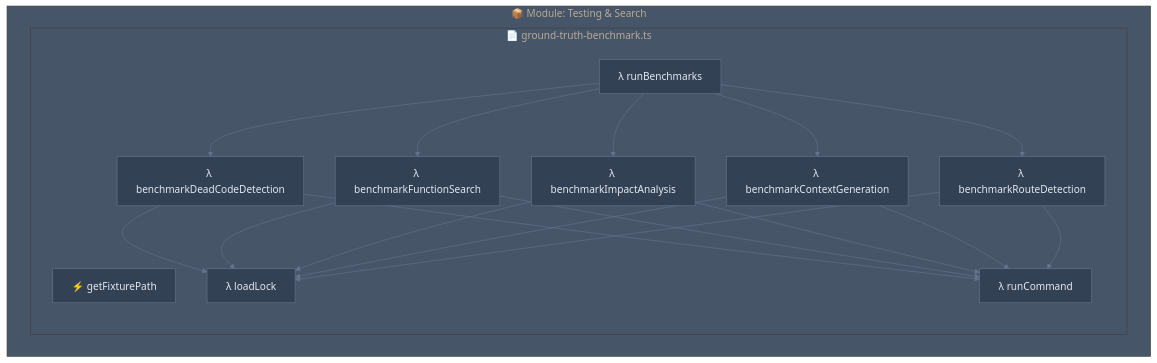
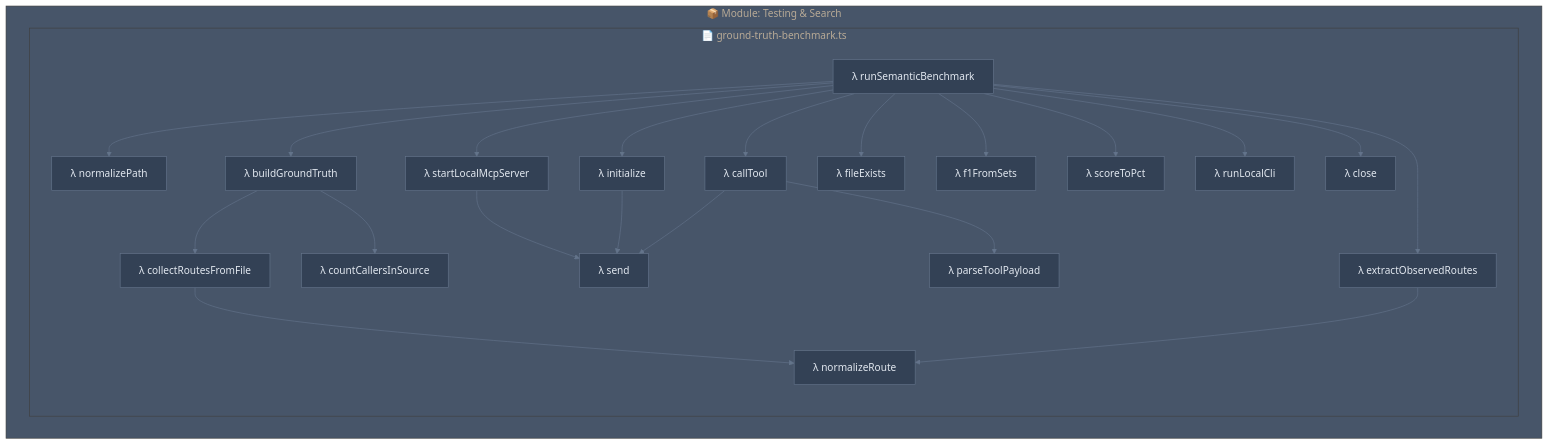
One commit to Ansh-dhanani/mikk changed the diagram in .mikk/diagrams/modules/web-mesh-benchmarks.mmd. Above: the diagram before and after it, drawn with Mermaid. The commit also changed 62 other files, not shown here.

Commit message:
feat: implement core contract generation, caching, and security scanning infrastructure with supporting test fixtures and diagrams

```diff
--- a/.mikk/diagrams/modules/web-mesh-benchmarks.mmd
+++ b/.mikk/diagrams/modules/web-mesh-benchmarks.mmd
@@ -1,34 +1,46 @@
 %%{init: {"theme": "base", "themeVariables": {"primaryColor": "#1e293b", "primaryTextColor": "#e2e8f0", "lineColor": "#64748b", "secondaryColor": "#334155", "tertiaryColor": "#475569", "background": "#0f172a", "mainBkg": "#1e293b", "nodeBorder": "#475569"}}}%%
 graph TD
     subgraph mod_web_mesh_benchmarks["📦 Module: Testing & Search"]
         subgraph file_c__users_ansh_desktop_web_mesh_benchmarks_ground_truth_benchmark_ts["📄 ground-truth-benchmark.ts"]
-            fn_c__users_ansh_desktop_web_mesh_benchmarks_ground_truth_benchmark_ts_getfixturepath["⚡ getFixturePath"]
-            fn_c__users_ansh_desktop_web_mesh_benchmarks_ground_truth_benchmark_ts_runcommand["λ runCommand"]
-            fn_c__users_ansh_desktop_web_mesh_benchmarks_ground_truth_benchmark_ts_loadlock["λ loadLock"]
-            fn_c__users_ansh_desktop_web_mesh_benchmarks_ground_truth_benchmark_ts_benchmarkdeadcodedetection["λ benchmarkDeadCodeDetection"]
-            fn_c__users_ansh_desktop_web_mesh_benchmarks_ground_truth_benchmark_ts_benchmarkfunctionsearch["λ benchmarkFunctionSearch"]
-            fn_c__users_ansh_desktop_web_mesh_benchmarks_ground_truth_benchmark_ts_benchmarkimpactanalysis["λ benchmarkImpactAnalysis"]
-            fn_c__users_ansh_desktop_web_mesh_benchmarks_ground_truth_benchmark_ts_benchmarkcontextgeneration["λ benchmarkContextGeneration"]
-            fn_c__users_ansh_desktop_web_mesh_benchmarks_ground_truth_benchmark_ts_benchmarkroutedetection["λ benchmarkRouteDetection"]
-            fn_c__users_ansh_desktop_web_mesh_benchmarks_ground_truth_benchmark_ts_runbenchmarks["λ runBenchmarks"]
+            fn_c__users_ansh_desktop_web_mesh_benchmarks_ground_truth_benchmark_ts_normalizepath["λ normalizePath"]
+            fn_c__users_ansh_desktop_web_mesh_benchmarks_ground_truth_benchmark_ts_scoretopct["λ scoreToPct"]
+            fn_c__users_ansh_desktop_web_mesh_benchmarks_ground_truth_benchmark_ts_f1fromsets["λ f1FromSets"]
+            fn_c__users_ansh_desktop_web_mesh_benchmarks_ground_truth_benchmark_ts_runlocalcli["λ runLocalCli"]
+            fn_c__users_ansh_desktop_web_mesh_benchmarks_ground_truth_benchmark_ts_normalizeroute["λ normalizeRoute"]
+            fn_c__users_ansh_desktop_web_mesh_benchmarks_ground_truth_benchmark_ts_collectroutesfromfile["λ collectRoutesFromFile"]
+            fn_c__users_ansh_desktop_web_mesh_benchmarks_ground_truth_benchmark_ts_countcallersinsource["λ countCallersInSource"]
+            fn_c__users_ansh_desktop_web_mesh_benchmarks_ground_truth_benchmark_ts_buildgroundtruth["λ buildGroundTruth"]
+            fn_c__users_ansh_desktop_web_mesh_benchmarks_ground_truth_benchmark_ts_startlocalmcpserver["λ startLocalMcpServer"]
+            fn_c__users_ansh_desktop_web_mesh_benchmarks_ground_truth_benchmark_ts_send["λ send"]
+            fn_c__users_ansh_desktop_web_mesh_benchmarks_ground_truth_benchmark_ts_initialize["λ initialize"]
+            fn_c__users_ansh_desktop_web_mesh_benchmarks_ground_truth_benchmark_ts_close["λ close"]
+            fn_c__users_ansh_desktop_web_mesh_benchmarks_ground_truth_benchmark_ts_parsetoolpayload["λ parseToolPayload"]
+            fn_c__users_ansh_desktop_web_mesh_benchmarks_ground_truth_benchmark_ts_calltool["λ callTool"]
+            fn_c__users_ansh_desktop_web_mesh_benchmarks_ground_truth_benchmark_ts_extractobservedroutes["λ extractObservedRoutes"]
+            fn_c__users_ansh_desktop_web_mesh_benchmarks_ground_truth_benchmark_ts_runsemanticbenchmark["λ runSemanticBenchmark"]
+            fn_c__users_ansh_desktop_web_mesh_benchmarks_ground_truth_benchmark_ts_fileexists["λ fileExists"]
         end
     end
 
-    fn_c__users_ansh_desktop_web_mesh_benchmarks_ground_truth_benchmark_ts_benchmarkdeadcodedetection --> fn_c__users_ansh_desktop_web_mesh_benchmarks_ground_truth_benchmark_ts_loadlock
-    fn_c__users_ansh_desktop_web_mesh_benchmarks_ground_truth_benchmark_ts_benchmarkdeadcodedetection --> fn_c__users_ansh_desktop_web_mesh_benchmarks_ground_truth_benchmark_ts_runcommand
-    fn_c__users_ansh_desktop_web_mesh_benchmarks_ground_truth_benchmark_ts_benchmarkfunctionsearch --> fn_c__users_ansh_desktop_web_mesh_benchmarks_ground_truth_benchmark_ts_loadlock
-    fn_c__users_ansh_desktop_web_mesh_benchmarks_ground_truth_benchmark_ts_benchmarkfunctionsearch --> fn_c__users_ansh_desktop_web_mesh_benchmarks_ground_truth_benchmark_ts_runcommand
-    fn_c__users_ansh_desktop_web_mesh_benchmarks_ground_truth_benchmark_ts_benchmarkimpactanalysis --> fn_c__users_ansh_desktop_web_mesh_benchmarks_ground_truth_benchmark_ts_loadlock
-    fn_c__users_ansh_desktop_web_mesh_benchmarks_ground_truth_benchmark_ts_benchmarkimpactanalysis --> fn_c__users_ansh_desktop_web_mesh_benchmarks_ground_truth_benchmark_ts_runcommand
-    fn_c__users_ansh_desktop_web_mesh_benchmarks_ground_truth_benchmark_ts_benchmarkcontextgeneration --> fn_c__users_ansh_desktop_web_mesh_benchmarks_ground_truth_benchmark_ts_loadlock
-    fn_c__users_ansh_desktop_web_mesh_benchmarks_ground_truth_benchmark_ts_benchmarkcontextgeneration --> fn_c__users_ansh_desktop_web_mesh_benchmarks_ground_truth_benchmark_ts_runcommand
-    fn_c__users_ansh_desktop_web_mesh_benchmarks_ground_truth_benchmark_ts_benchmarkroutedetection --> fn_c__users_ansh_desktop_web_mesh_benchmarks_ground_truth_benchmark_ts_loadlock
-    fn_c__users_ansh_desktop_web_mesh_benchmarks_ground_truth_benchmark_ts_benchmarkroutedetection --> fn_c__users_ansh_desktop_web_mesh_benchmarks_ground_truth_benchmark_ts_runcommand
-    fn_c__users_ansh_desktop_web_mesh_benchmarks_ground_truth_benchmark_ts_runbenchmarks --> fn_c__users_ansh_desktop_web_mesh_benchmarks_ground_truth_benchmark_ts_benchmarkdeadcodedetection
-    fn_c__users_ansh_desktop_web_mesh_benchmarks_ground_truth_benchmark_ts_runbenchmarks --> fn_c__users_ansh_desktop_web_mesh_benchmarks_ground_truth_benchmark_ts_benchmarkfunctionsearch
-    fn_c__users_ansh_desktop_web_mesh_benchmarks_ground_truth_benchmark_ts_runbenchmarks --> fn_c__users_ansh_desktop_web_mesh_benchmarks_ground_truth_benchmark_ts_benchmarkimpactanalysis
-    fn_c__users_ansh_desktop_web_mesh_benchmarks_ground_truth_benchmark_ts_runbenchmarks --> fn_c__users_ansh_desktop_web_mesh_benchmarks_ground_truth_benchmark_ts_benchmarkcontextgeneration
-    fn_c__users_ansh_desktop_web_mesh_benchmarks_ground_truth_benchmark_ts_runbenchmarks --> fn_c__users_ansh_desktop_web_mesh_benchmarks_ground_truth_benchmark_ts_benchmarkroutedetection
+    fn_c__users_ansh_desktop_web_mesh_benchmarks_ground_truth_benchmark_ts_collectroutesfromfile --> fn_c__users_ansh_desktop_web_mesh_benchmarks_ground_truth_benchmark_ts_normalizeroute
+    fn_c__users_ansh_desktop_web_mesh_benchmarks_ground_truth_benchmark_ts_buildgroundtruth --> fn_c__users_ansh_desktop_web_mesh_benchmarks_ground_truth_benchmark_ts_collectroutesfromfile
+    fn_c__users_ansh_desktop_web_mesh_benchmarks_ground_truth_benchmark_ts_buildgroundtruth --> fn_c__users_ansh_desktop_web_mesh_benchmarks_ground_truth_benchmark_ts_countcallersinsource
+    fn_c__users_ansh_desktop_web_mesh_benchmarks_ground_truth_benchmark_ts_startlocalmcpserver --> fn_c__users_ansh_desktop_web_mesh_benchmarks_ground_truth_benchmark_ts_send
+    fn_c__users_ansh_desktop_web_mesh_benchmarks_ground_truth_benchmark_ts_initialize --> fn_c__users_ansh_desktop_web_mesh_benchmarks_ground_truth_benchmark_ts_send
+    fn_c__users_ansh_desktop_web_mesh_benchmarks_ground_truth_benchmark_ts_calltool --> fn_c__users_ansh_desktop_web_mesh_benchmarks_ground_truth_benchmark_ts_send
+    fn_c__users_ansh_desktop_web_mesh_benchmarks_ground_truth_benchmark_ts_calltool --> fn_c__users_ansh_desktop_web_mesh_benchmarks_ground_truth_benchmark_ts_parsetoolpayload
+    fn_c__users_ansh_desktop_web_mesh_benchmarks_ground_truth_benchmark_ts_extractobservedroutes --> fn_c__users_ansh_desktop_web_mesh_benchmarks_ground_truth_benchmark_ts_normalizeroute
+    fn_c__users_ansh_desktop_web_mesh_benchmarks_ground_truth_benchmark_ts_runsemanticbenchmark --> fn_c__users_ansh_desktop_web_mesh_benchmarks_ground_truth_benchmark_ts_fileexists
+    fn_c__users_ansh_desktop_web_mesh_benchmarks_ground_truth_benchmark_ts_runsemanticbenchmark --> fn_c__users_ansh_desktop_web_mesh_benchmarks_ground_truth_benchmark_ts_buildgroundtruth
+    fn_c__users_ansh_desktop_web_mesh_benchmarks_ground_truth_benchmark_ts_runsemanticbenchmark --> fn_c__users_ansh_desktop_web_mesh_benchmarks_ground_truth_benchmark_ts_normalizepath
+    fn_c__users_ansh_desktop_web_mesh_benchmarks_ground_truth_benchmark_ts_runsemanticbenchmark --> fn_c__users_ansh_desktop_web_mesh_benchmarks_ground_truth_benchmark_ts_startlocalmcpserver
+    fn_c__users_ansh_desktop_web_mesh_benchmarks_ground_truth_benchmark_ts_runsemanticbenchmark --> fn_c__users_ansh_desktop_web_mesh_benchmarks_ground_truth_benchmark_ts_initialize
+    fn_c__users_ansh_desktop_web_mesh_benchmarks_ground_truth_benchmark_ts_runsemanticbenchmark --> fn_c__users_ansh_desktop_web_mesh_benchmarks_ground_truth_benchmark_ts_calltool
+    fn_c__users_ansh_desktop_web_mesh_benchmarks_ground_truth_benchmark_ts_runsemanticbenchmark --> fn_c__users_ansh_desktop_web_mesh_benchmarks_ground_truth_benchmark_ts_extractobservedroutes
+    fn_c__users_ansh_desktop_web_mesh_benchmarks_ground_truth_benchmark_ts_runsemanticbenchmark --> fn_c__users_ansh_desktop_web_mesh_benchmarks_ground_truth_benchmark_ts_f1fromsets
+    fn_c__users_ansh_desktop_web_mesh_benchmarks_ground_truth_benchmark_ts_runsemanticbenchmark --> fn_c__users_ansh_desktop_web_mesh_benchmarks_ground_truth_benchmark_ts_scoretopct
+    fn_c__users_ansh_desktop_web_mesh_benchmarks_ground_truth_benchmark_ts_runsemanticbenchmark --> fn_c__users_ansh_desktop_web_mesh_benchmarks_ground_truth_benchmark_ts_runlocalcli
+    fn_c__users_ansh_desktop_web_mesh_benchmarks_ground_truth_benchmark_ts_runsemanticbenchmark --> fn_c__users_ansh_desktop_web_mesh_benchmarks_ground_truth_benchmark_ts_close
 
     classDef default fill:#334155,stroke:#64748b,color:#e2e8f0,stroke-width:1px
     classDef external fill:#1e293b,stroke:#475569,color:#94a3b8,stroke-dasharray: 5 5
```
